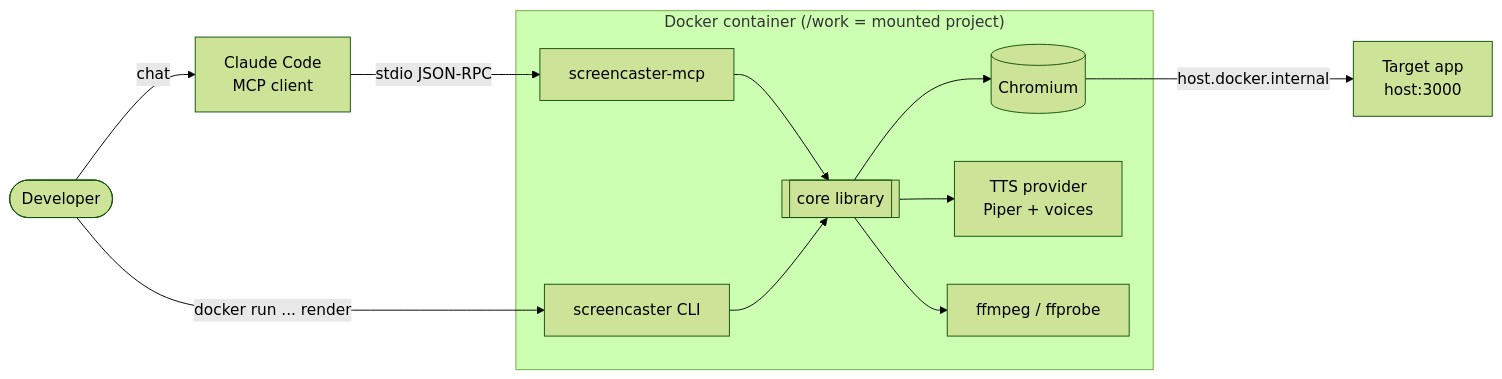
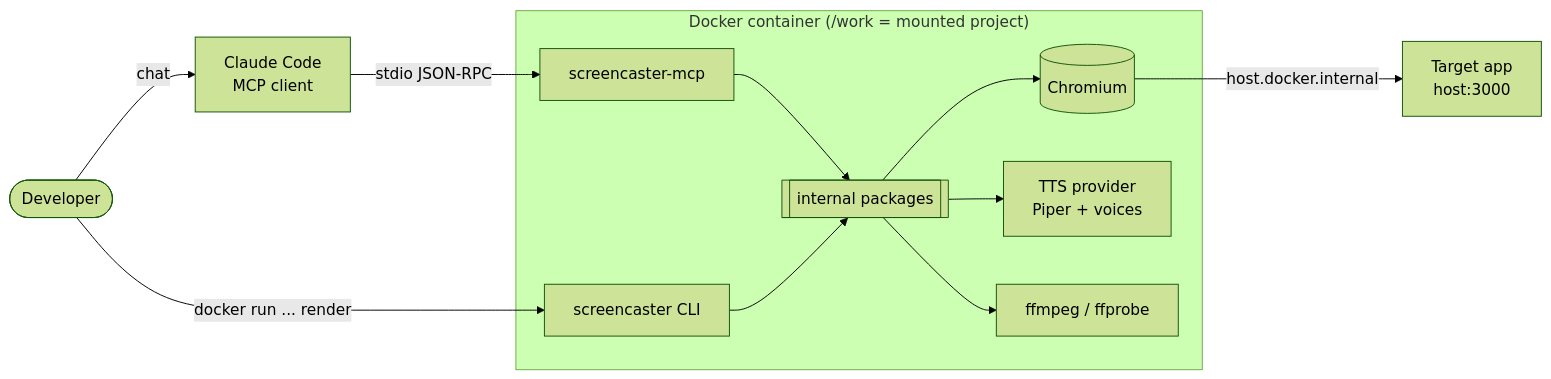
Before and after one commit to makuchpatryk/screencaster: the first of 3 diagrams in docs/ARCHITECTURE.md, drawn with Mermaid (forest theme). The commit also changed other lines of this file and 154 other files, not shown here.

````diff
--- a/docs/ARCHITECTURE.md
+++ b/docs/ARCHITECTURE.md
@@ -22,24 +22,24 @@
 ```mermaid
 flowchart LR
     Dev([Developer])
     CC[Claude Code<br/>MCP client]
     subgraph Docker["Docker container (/work = mounted project)"]
         MCP[screencaster-mcp]
         CLI[screencaster CLI]
-        Core[[core library]]
+        Core[[internal packages]]
         Chromium[(Chromium)]
         TTS[TTS provider<br/>Piper + voices]
         FF[ffmpeg / ffprobe]
     end
     App[Target app<br/>host:3000]
 
     Dev -- chat --> CC
     Dev -- docker run ... render --> CLI
     CC -- stdio JSON-RPC --> MCP
     MCP --> Core
     CLI --> Core
     Core --> Chromium
     Core --> TTS
     Core --> FF
     Chromium -- host.docker.internal --> App
 ```
````
